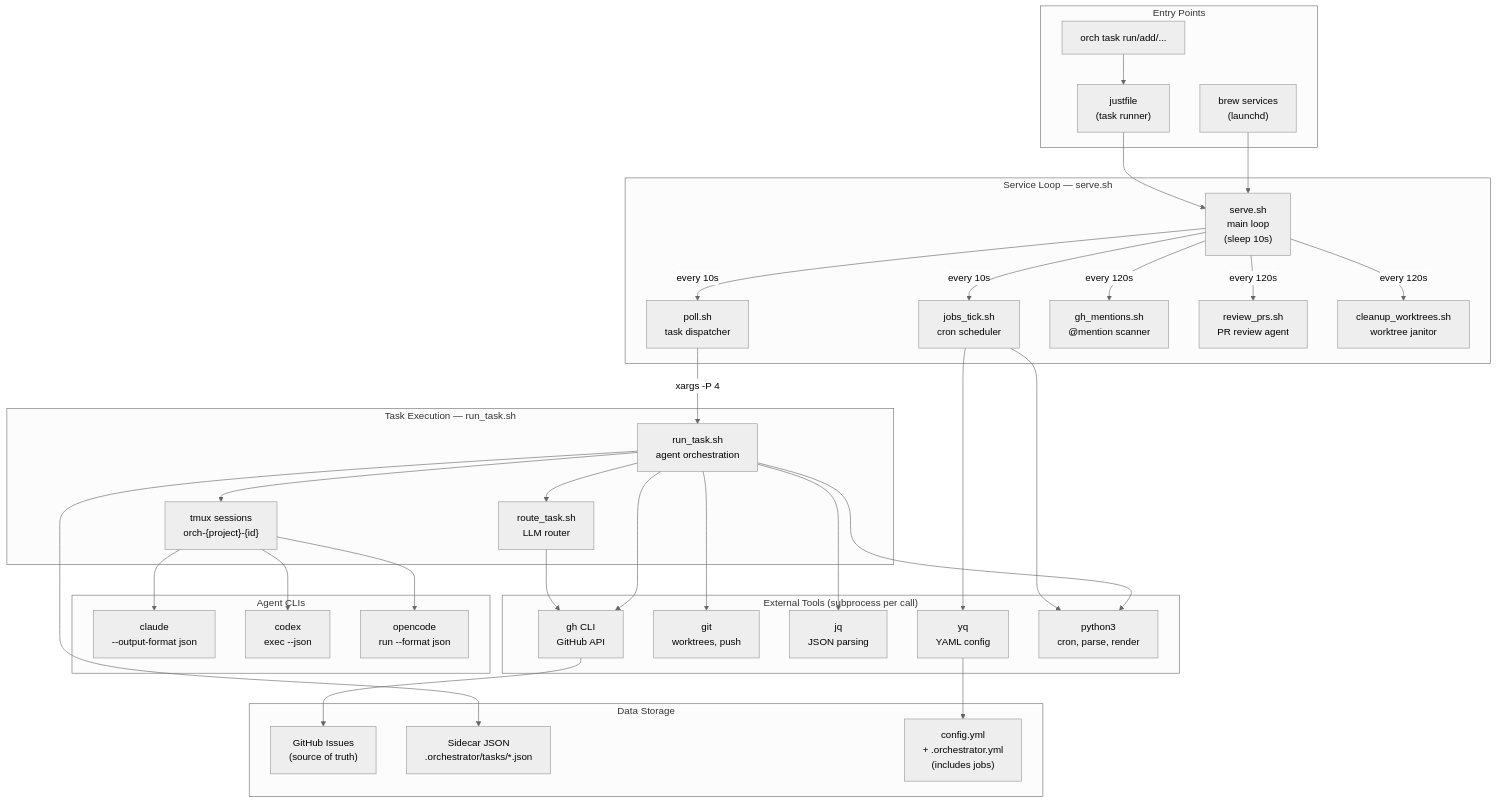
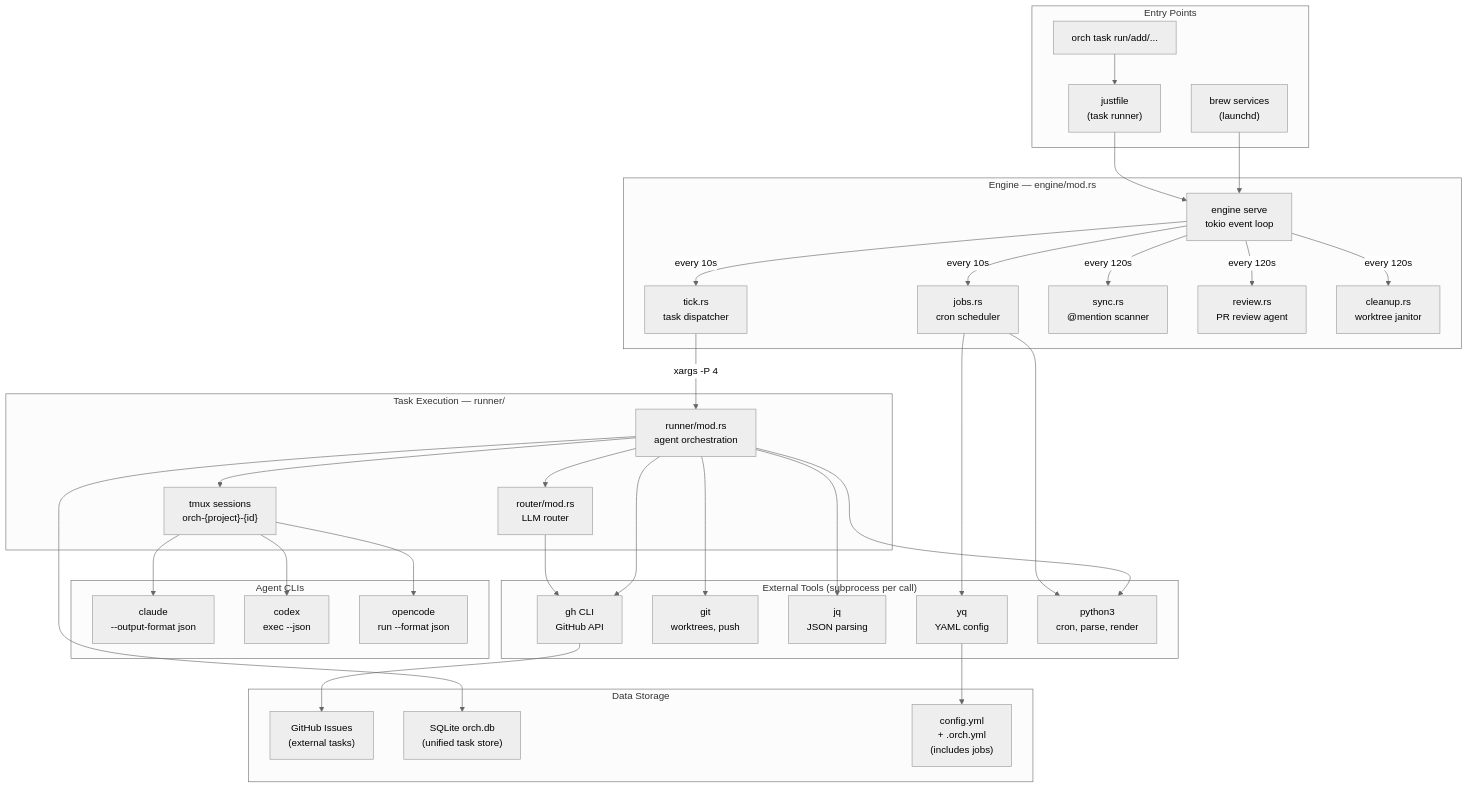
One commit to gabrielkoerich/orch changed the first of 3 diagrams in PLAN.md. Above: the diagram before and after it, drawn with Mermaid (neutral theme). The commit also changed other lines of this file and 16 other files, not shown here.

First line of the commit message:
docs: update all markdown to reflect current architecture (#621)

````diff
--- a/PLAN.md
+++ b/PLAN.md
@@ -34,70 +34,70 @@
 ```mermaid
 graph TB
     subgraph "Entry Points"
         BREW["brew services<br/>(launchd)"]
         CLI["orch task run/add/..."]
         JUST["justfile<br/>(task runner)"]
     end
 
-    subgraph "Service Loop — serve.sh"
-        SERVE["serve.sh<br/>main loop<br/>(sleep 10s)"]
-        POLL["poll.sh<br/>task dispatcher"]
-        JOBS["jobs_tick.sh<br/>cron scheduler"]
-        MENTIONS["gh_mentions.sh<br/>@mention scanner"]
-        REVIEW["review_prs.sh<br/>PR review agent"]
-        CLEANUP["cleanup_worktrees.sh<br/>worktree janitor"]
+    subgraph "Engine — engine/mod.rs"
+        SERVE["engine serve<br/>tokio event loop"]
+        POLL["tick.rs<br/>task dispatcher"]
+        JOBS["jobs.rs<br/>cron scheduler"]
+        MENTIONS["sync.rs<br/>@mention scanner"]
+        REVIEW["review.rs<br/>PR review agent"]
+        CLEANUP["cleanup.rs<br/>worktree janitor"]
     end
 
-    subgraph "Task Execution — run_task.sh"
-        ROUTE["route_task.sh<br/>LLM router"]
-        RUN["run_task.sh<br/>agent orchestration"]
+    subgraph "Task Execution — runner/"
+        ROUTE["router/mod.rs<br/>LLM router"]
+        RUN["runner/mod.rs<br/>agent orchestration"]
         TMUX["tmux sessions<br/>orch-{project}-{id}"]
     end
 
     subgraph "Agent CLIs"
         CLAUDE["claude<br/>--output-format json"]
         CODEX["codex<br/>exec --json"]
         OPENCODE["opencode<br/>run --format json"]
     end
 
     subgraph "External Tools (subprocess per call)"
         GH["gh CLI<br/>GitHub API"]
         GIT["git<br/>worktrees, push"]
         JQ["jq<br/>JSON parsing"]
         YQ["yq<br/>YAML config"]
         PY["python3<br/>cron, parse, render"]
     end
 
     subgraph "Data Storage"
-        ISSUES["GitHub Issues<br/>(source of truth)"]
-        SIDECAR["Sidecar JSON<br/>.orchestrator/tasks/*.json"]
-        CONFIG["config.yml<br/>+ .orchestrator.yml<br/>(includes jobs)"]
+        ISSUES["GitHub Issues<br/>(external tasks)"]
+        STORE["SQLite orch.db<br/>(unified task store)"]
+        CONFIG["config.yml<br/>+ .orch.yml<br/>(includes jobs)"]
     end
 
     BREW --> SERVE
     CLI --> JUST --> SERVE
     SERVE -->|"every 10s"| POLL
     SERVE -->|"every 10s"| JOBS
     SERVE -->|"every 120s"| MENTIONS
     SERVE -->|"every 120s"| REVIEW
     SERVE -->|"every 120s"| CLEANUP
 
     POLL -->|"xargs -P 4"| RUN
     RUN --> ROUTE
     RUN --> TMUX
     TMUX --> CLAUDE
     TMUX --> CODEX
     TMUX --> OPENCODE
 
     RUN --> GH
     RUN --> GIT
     RUN --> JQ
     RUN --> PY
     JOBS --> YQ
     JOBS --> PY
     ROUTE --> GH
 
     GH --> ISSUES
-    RUN --> SIDECAR
+    RUN --> STORE
     YQ --> CONFIG
 ```
````
